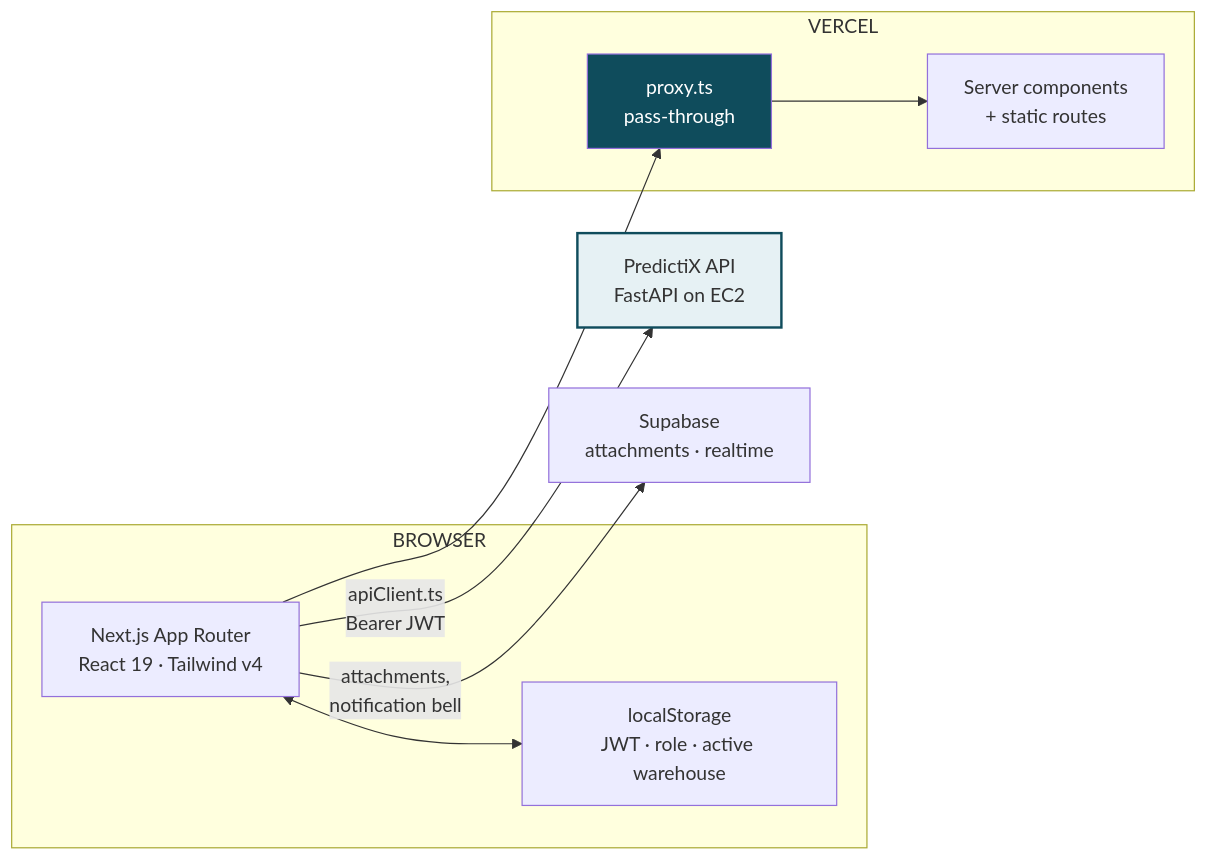
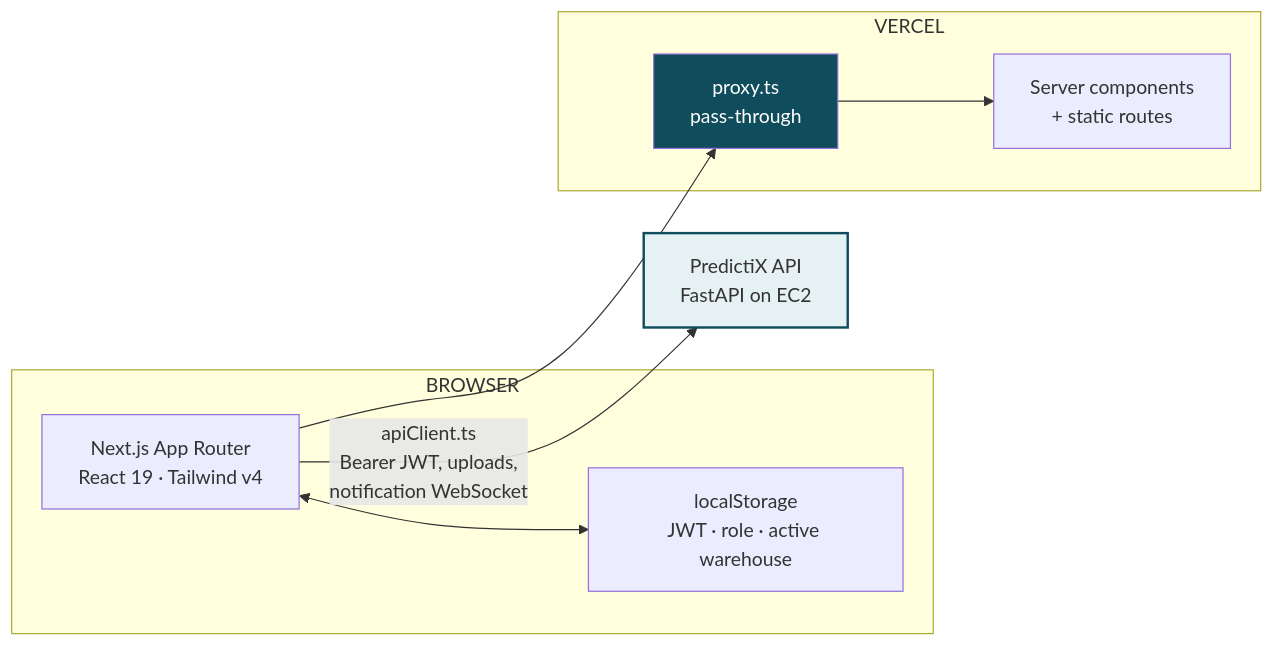
Before and after one commit to Dinusha-Ekanayake/PredictiX-Frontend: the first of 2 diagrams in README.md, drawn with Mermaid. The commit also changed other lines of this file and 18 other files, not shown here.

````diff
--- a/README.md
+++ b/README.md
@@ -63,23 +63,21 @@
 ```mermaid
 graph LR
     subgraph BROWSER["BROWSER"]
         APP["Next.js App Router<br/>React 19 · Tailwind v4"]
         LS["localStorage<br/>JWT · role · active warehouse"]
         APP <--> LS
     end
 
     subgraph EDGE["VERCEL"]
         SSR["Server components<br/>+ static routes"]
         MW["proxy.ts<br/>pass-through"]
     end
 
     API["PredictiX API<br/>FastAPI on EC2"]
-    SB["Supabase<br/>attachments · realtime"]
 
     APP --> MW --> SSR
-    APP -->|"apiClient.ts<br/>Bearer JWT"| API
-    APP -->|"attachments,<br/>notification bell"| SB
+    APP -->|"apiClient.ts<br/>Bearer JWT, uploads,<br/>notification WebSocket"| API
 
     style MW fill:#0F4C5C,color:#fff
     style API fill:#E6F1F4,stroke:#0F4C5C,stroke-width:2px
 ```
````
